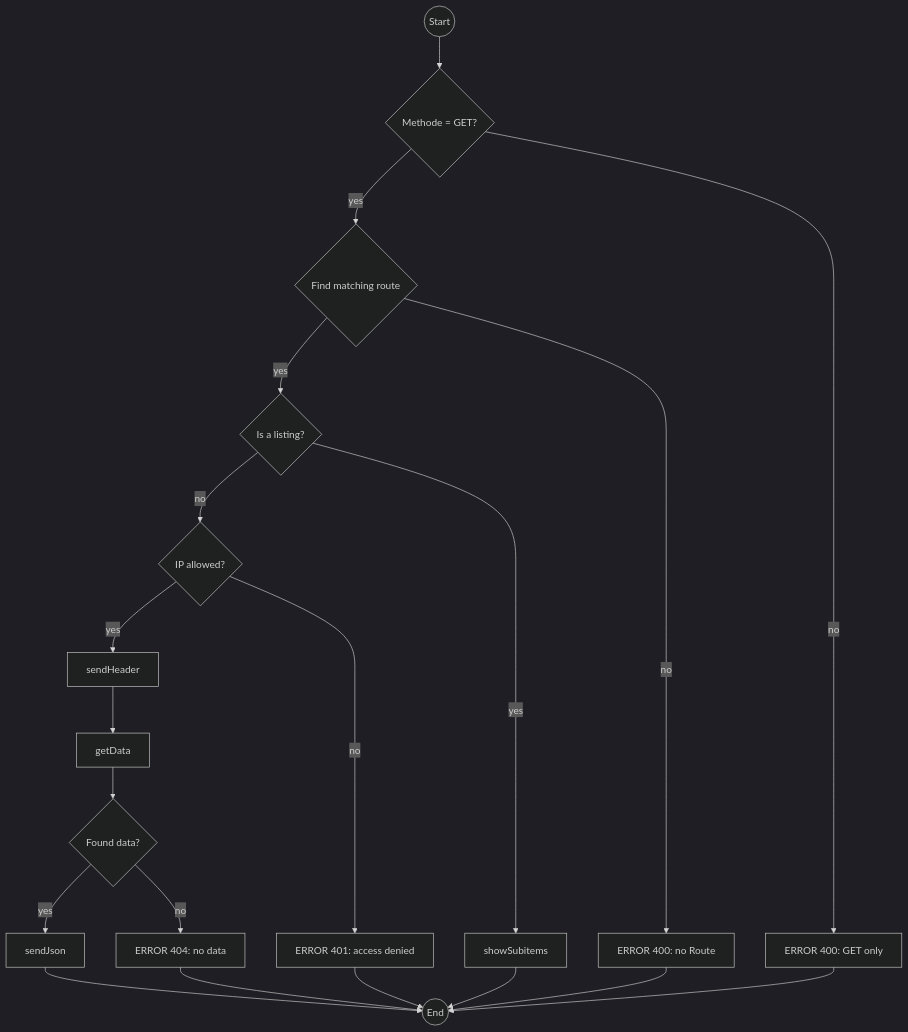
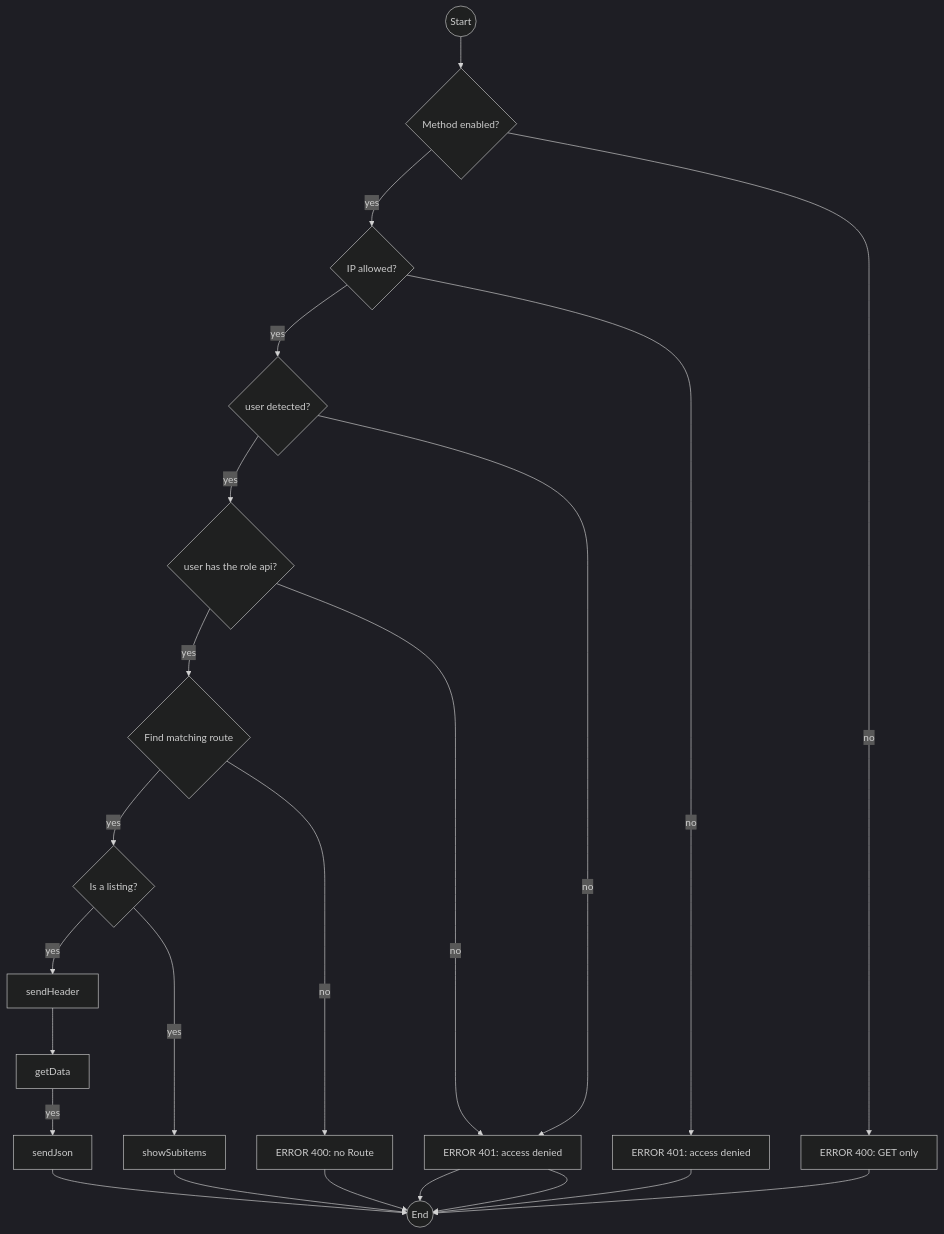
Before and after one commit to iml-it/appmonitor: the diagram in docs/10_📦_Server/60_API.md, drawn with Mermaid (dark theme). The commit also changed other lines of this file and 1 other file, not shown here.

````diff
--- a/docs/10_📦_Server/60_API.md
+++ b/docs/10_📦_Server/60_API.md
@@ -26,19 +26,21 @@
 ```mermaid
 graph TD;
   Start((Start))
-  --> chkMethod{Methode = GET?}
+  --> chkMethod{Method enabled?}
+  --> |yes|chkIp{IP allowed?}
+  --> |yes|chkUser{user detected?}
+  --> |yes|chkRole{user has the role api?}
   --> |yes|chkRoute{Find matching route}
   --> |yes|chkList{Is a listing?}
-  --> |no|chkIp{IP allowed?}
   --> |yes|sendHeader
   --> getData
-  --> chkdata{Found data?}
   --> |yes|sendJson
   --> End((End))
 
   chkMethod-->|no|onlyGet[ERROR 400: GET only]-->End
+  chkIp-->|no|denyIp[ERROR 401: access denied]-->End
+  chkUser-->|no|denyUser[ERROR 401: access denied]-->End
+  chkRole-->|no|denyUser[ERROR 401: access denied]-->End
   chkRoute-->|no|onlyNoRoute[ERROR 400: no Route]-->End
   chkList-->|yes|showSubitems-->End
-  chkIp-->|no|denyIp[ERROR 401: access denied]-->End
-  chkdata-->|no|noData[ERROR 404: no data]-->End
 ```
````
